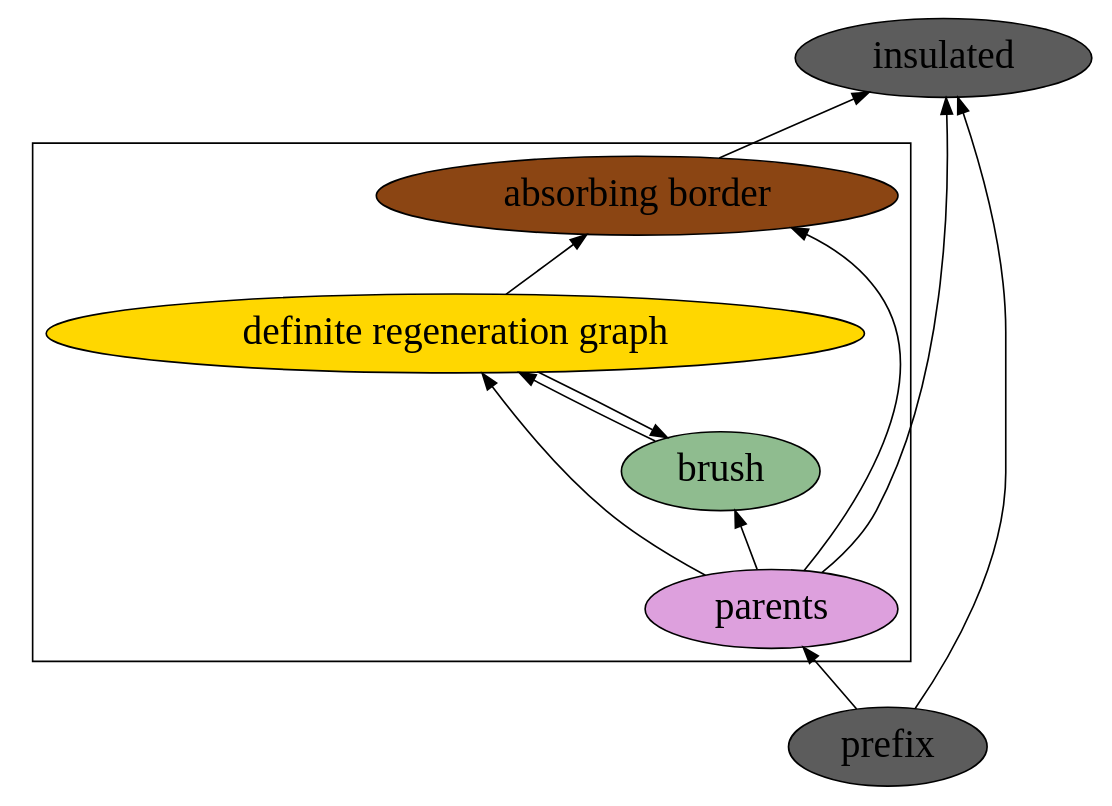
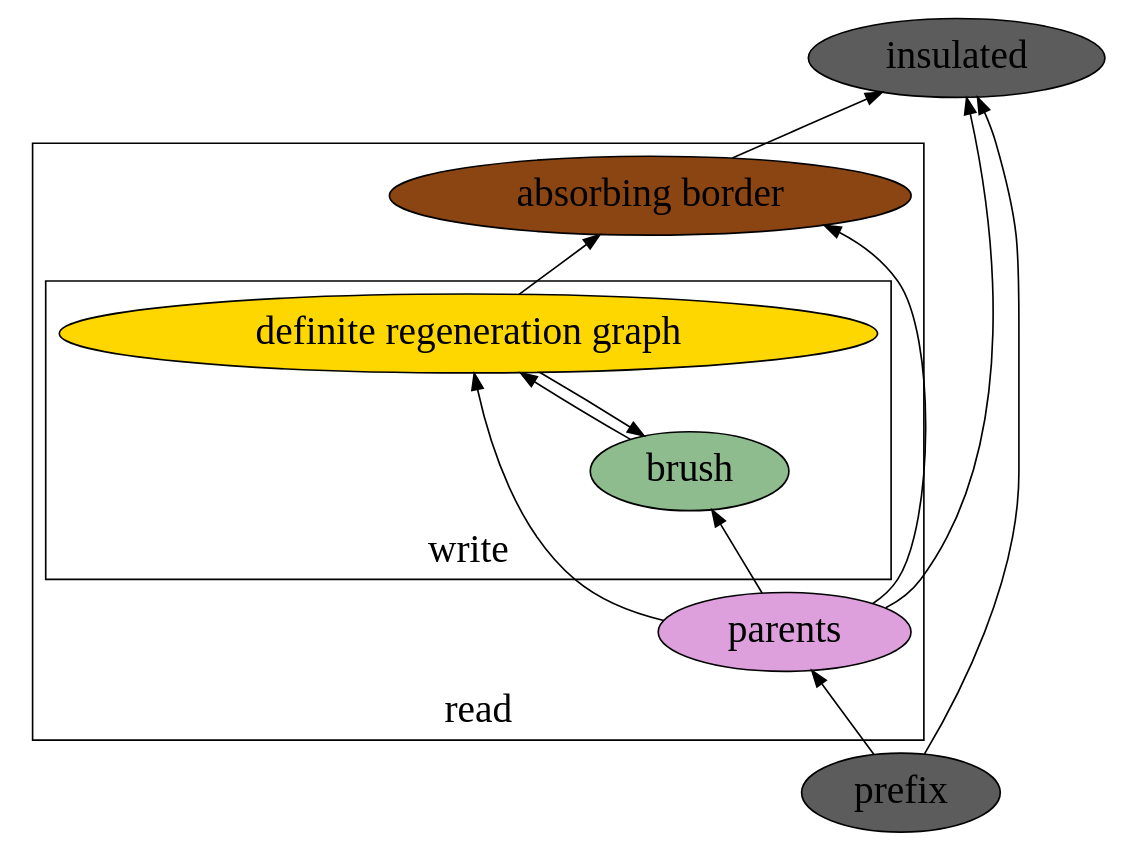
The diagram in backend/cxx/graphs/superbayesnet/dot.dot (probcomp/Venturecxx), drawn with Graphviz before and after one commit. The commit also changed 23 other files, not shown here.

Commit message:
Rendering schematics.

```diff
--- a/backend/cxx/graphs/superbayesnet/dot.dot
+++ b/backend/cxx/graphs/superbayesnet/dot.dot
@@ -1,34 +1,40 @@
 digraph {
 rankdir=BT
 fontsize=24
 
 subgraph p0 {
 
 nd ["fillcolor"="grey36" "fontsize"="24" "label"="prefix" "style"="filled"]
 
 }
 
 subgraph cluster1 {
+label= "read"
 parents ["fillcolor"="plum" "fontsize"="24" "label"="parents" "style"="filled"]
+
+subgraph cluster2 {
+label = "write"
 drg ["fillcolor"="gold" "fontsize"="24" "label"="definite regeneration graph" "style"="filled"]
 brush ["fillcolor"="darkseagreen" "fontsize"="24" "label"="brush" "style"="filled"]
+}
+
 absorbing ["fillcolor"="saddlebrown" "fontsize"="24" "label"="absorbing border" "style"="filled"]
 
 }
 
 subgraph p1 {
 insulated ["fillcolor"="grey36" "fontsize"="24" "label"="insulated" "style"="filled"]
 }
 
 nd -> parents
 parents -> drg
 parents -> brush
 parents -> absorbing
 drg -> brush [constraint=false]
 brush -> drg
 drg -> absorbing
 absorbing -> insulated
 nd -> insulated
 parents -> insulated
 
 }
```
